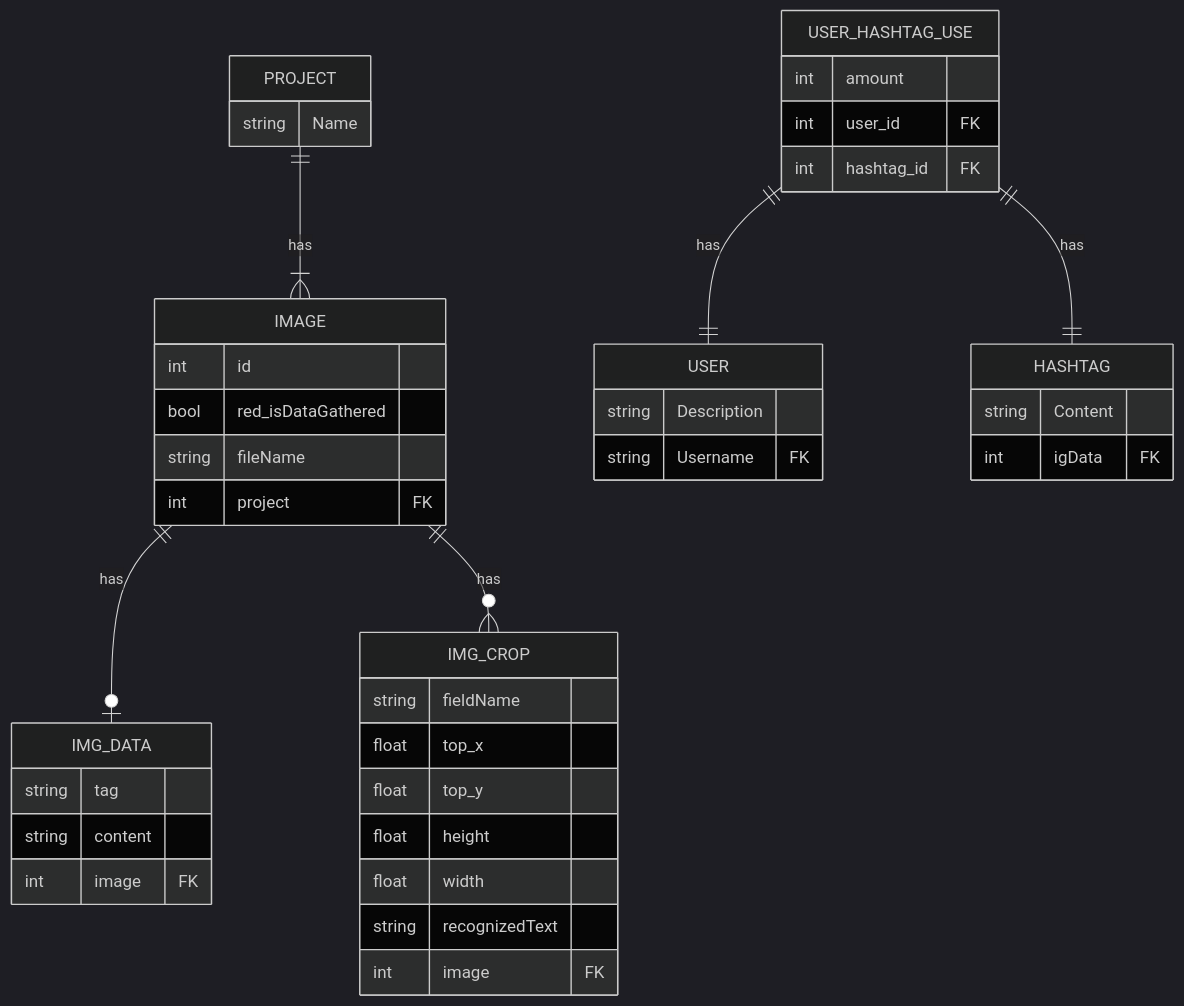
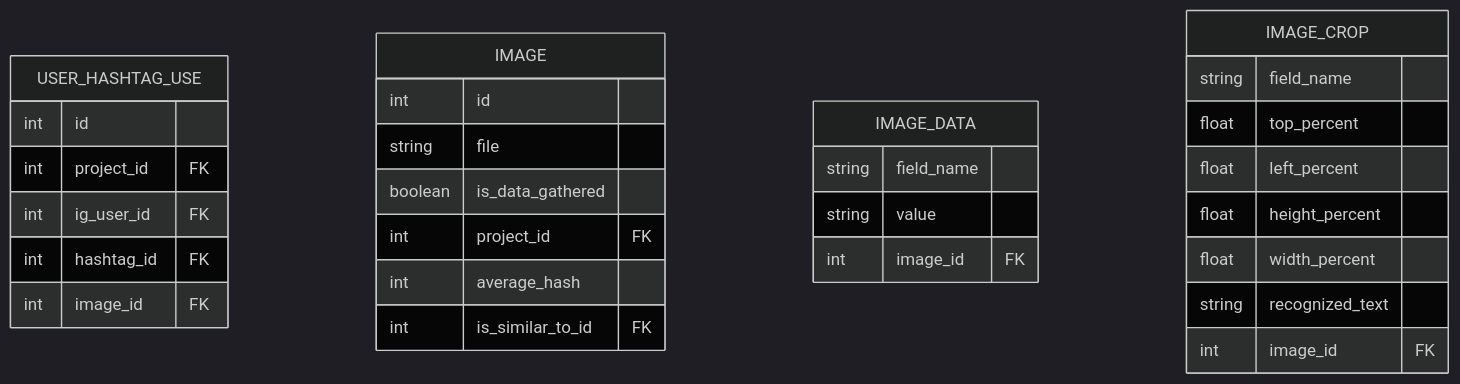
One commit to ilariagolluscio/DataGatherer changed the first of 2 diagrams in docs/er_diagram_mermaid.md. Above: the diagram before and after it, drawn with Mermaid (dark theme). The commit also changed other lines of this file and 7 other files, not shown here.

Commit message:
completed diagram

`````diff
--- a/docs/er_diagram_mermaid.md
+++ b/docs/er_diagram_mermaid.md
@@ -3,56 +3,39 @@
 ````mermaid
 
 erDiagram
-    PROJECT {
-        string Name
+    
+    USER_HASHTAG_USE {
+        int id
+        int project_id FK
+        int ig_user_id FK
+        int hashtag_id FK
+        int image_id FK
     }
-
+    
     IMAGE {
         int id
-        bool red_isDataGathered
-        string fileName
-        int project FK
-    }
-
-    IMG_DATA {
-        string tag
-        string content
-        int image FK
-    }
-
-    USER {
-        string Description
-        string Username FK
+        string file
+        boolean is_data_gathered 
+        int project_id FK
+        int average_hash
+        int is_similar_to_id FK
     }
     
-    USER_HASHTAG_USE {
-        int amount 
-        int user_id FK
-        int hashtag_id FK 
+    IMAGE_DATA {
+        string field_name
+        string value
+        int image_id FK
     }
-
-    HASHTAG {
-        string Content
-        int igData FK
+    
+    IMAGE_CROP {
+        string field_name
+        float top_percent
+        float left_percent
+        float height_percent
+        float width_percent
+        string recognized_text
+        int image_id FK
     }
-
-    IMG_CROP {
-        string fieldName
-        float top_x
-        float top_y
-        float height
-        float width
-        string recognizedText
-        int image FK
-    }
-
-
-    PROJECT ||--|{ IMAGE : "has"
-    IMAGE ||--|o IMG_DATA : "has"
-    IMAGE ||--o{ IMG_CROP : "has"
-    
-    USER_HASHTAG_USE ||--|| USER : "has"
-    USER_HASHTAG_USE ||--|| HASHTAG : "has"
     
 
 ````
`````
